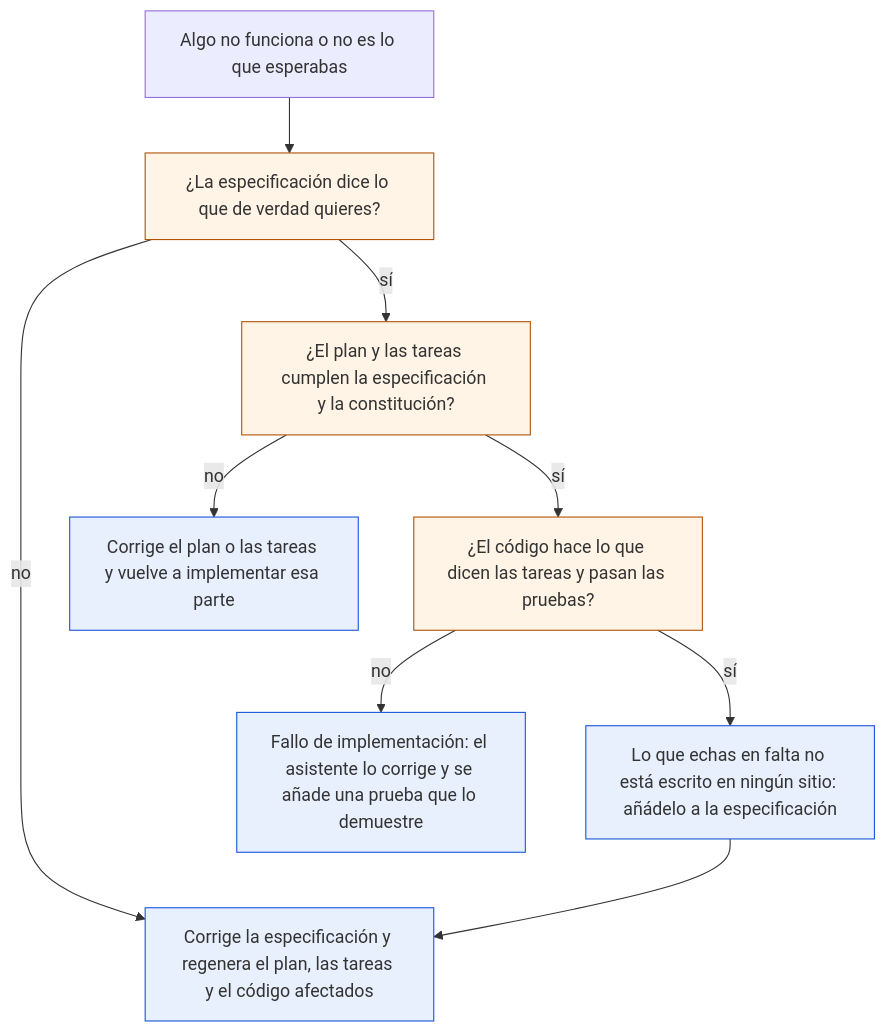
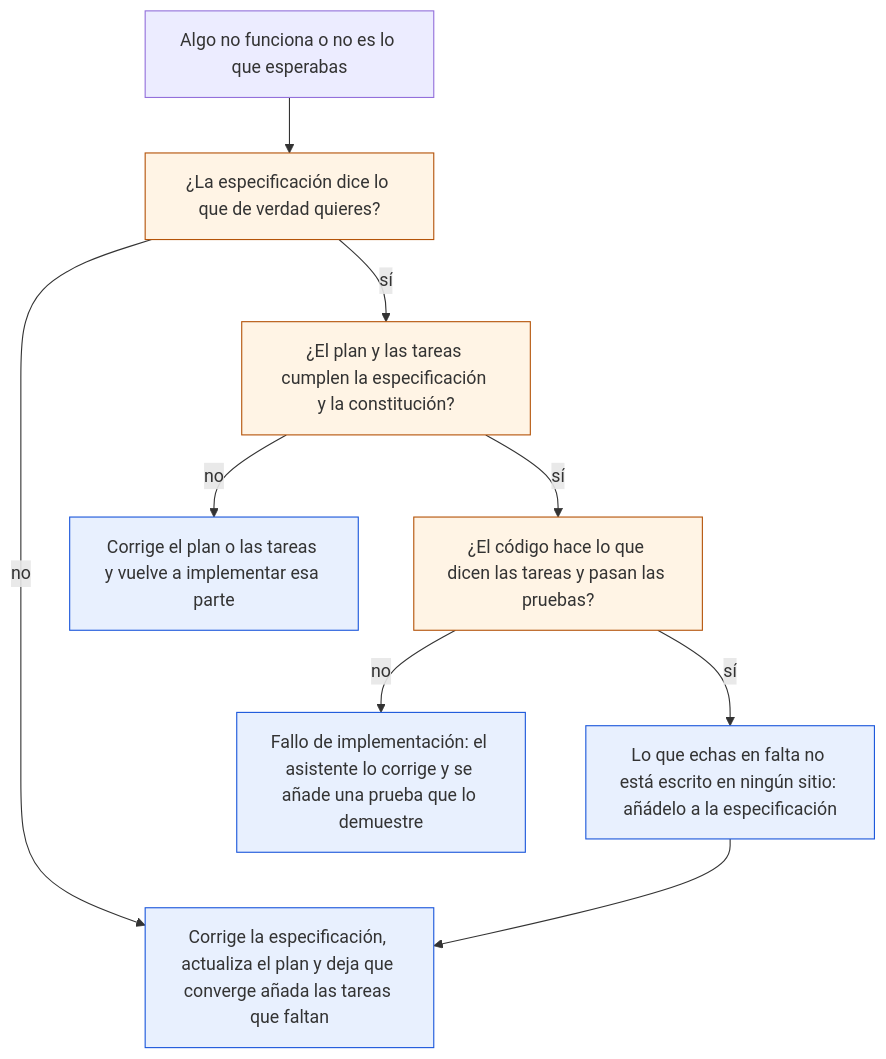
One commit to antroc/charla-sdd changed the diagram in docs/08-buenas-practicas-y-errores-comunes.md. Above: the diagram before and after it, drawn with Mermaid. The commit also changed other lines of this file and 8 other files, not shown here.

First line of the commit message:
Versión final: diagramas regenerados y verificación completa

````diff
--- a/docs/08-buenas-practicas-y-errores-comunes.md
+++ b/docs/08-buenas-practicas-y-errores-comunes.md
@@ -103,23 +103,23 @@
 ```mermaid
 flowchart TD
   F["Algo no funciona o no es lo que esperabas"]
   Q1["¿La especificación dice lo que de verdad quieres?"]
-  S["Corrige la especificación y regenera el plan, las tareas y el código afectados"]
+  S["Corrige la especificación, actualiza el plan y deja que converge añada las tareas que faltan"]
   Q2["¿El plan y las tareas cumplen la especificación y la constitución?"]
   P["Corrige el plan o las tareas y vuelve a implementar esa parte"]
   Q3["¿El código hace lo que dicen las tareas y pasan las pruebas?"]
   K["Fallo de implementación: el asistente lo corrige y se añade una prueba que lo demuestre"]
   M["Lo que echas en falta no está escrito en ningún sitio: añádelo a la especificación"]
   F --> Q1
   Q1 -->|"no"| S
   Q1 -->|"sí"| Q2
   Q2 -->|"no"| P
   Q2 -->|"sí"| Q3
   Q3 -->|"no"| K
   Q3 -->|"sí"| M
   M --> S
   classDef pregunta fill:#FFF4E5,stroke:#B45309;
   classDef accion fill:#E8F0FE,stroke:#1A56DB;
   class Q1,Q2,Q3 pregunta;
   class S,P,K,M accion;
 ```
````
